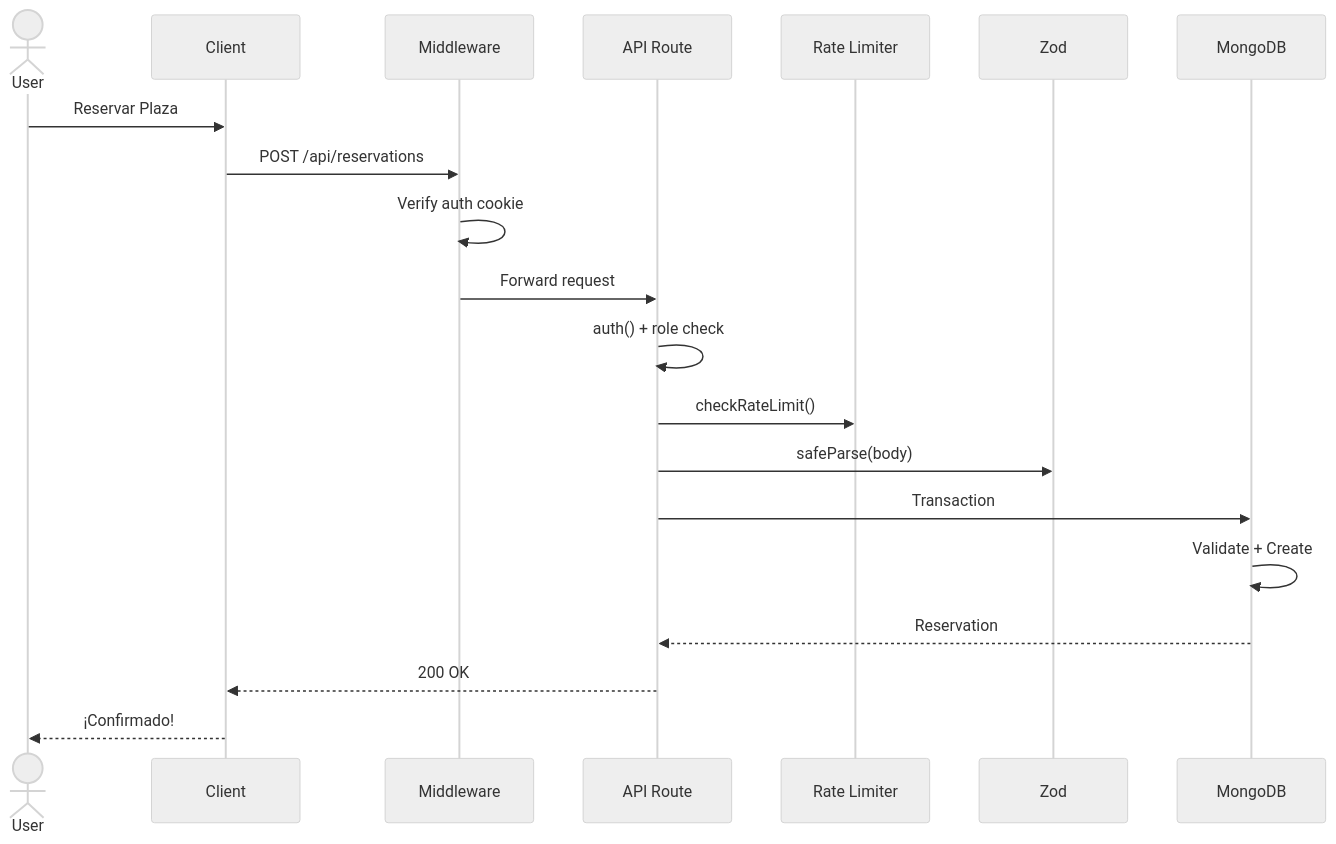
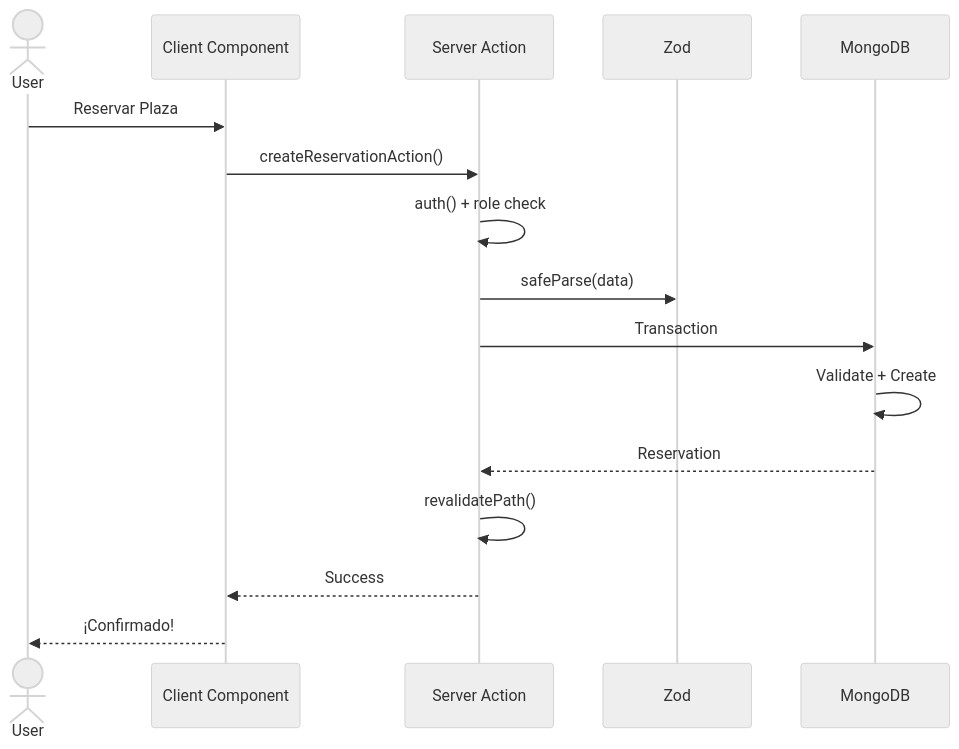
Before and after one commit to lostal/gruposiete-parking: the diagram in README.md, drawn with Mermaid (neutral theme). The commit also changed other lines of this file and 38 other files, not shown here.

Commit message:
feat: Implement user registration, password management, and role-based dashboards using new Server Actions and services, updating README for architectural and tech stack changes.

````diff
--- a/README.md
+++ b/README.md
@@ -26,23 +27,19 @@
 ```mermaid
 sequenceDiagram
     actor User
-    participant UI as Client
-    participant MW as Middleware
-    participant API as API Route
-    participant RL as Rate Limiter
+    participant UI as Client Component
+    participant SA as Server Action
     participant ZOD as Zod
     participant MDB as MongoDB
 
     User->>UI: Reservar Plaza
-    UI->>MW: POST /api/reservations
-    MW->>MW: Verify auth cookie
-    MW->>API: Forward request
-    API->>API: auth() + role check
-    API->>RL: checkRateLimit()
-    API->>ZOD: safeParse(body)
-    API->>MDB: Transaction
+    UI->>SA: createReservationAction()
+    SA->>SA: auth() + role check
+    SA->>ZOD: safeParse(data)
+    SA->>MDB: Transaction
     MDB->>MDB: Validate + Create
-    MDB-->>API: Reservation
-    API-->>UI: 200 OK
+    MDB-->>SA: Reservation
+    SA->>SA: revalidatePath()
+    SA-->>UI: Success
     UI-->>User: ¡Confirmado!
 ```
````
